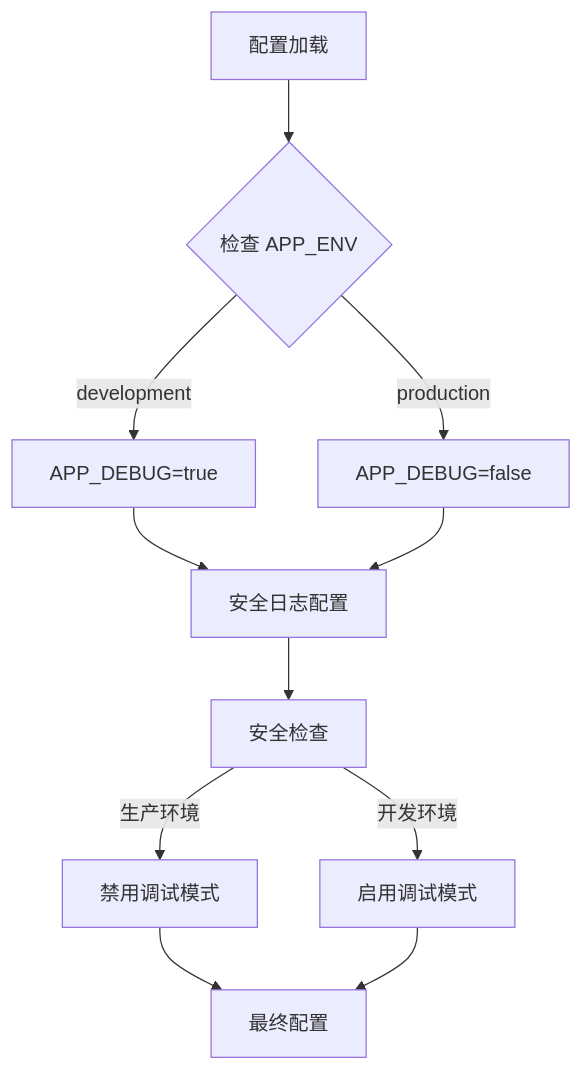
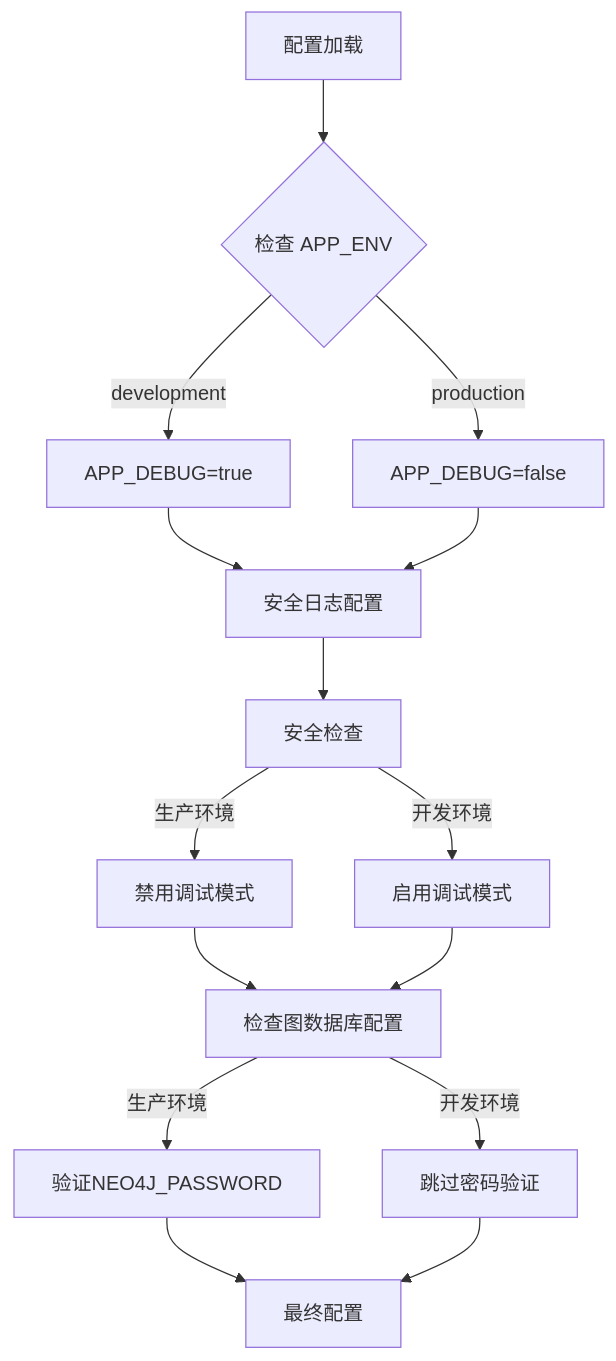
One commit to xfbyxq/ai-novel-system changed diagram 12 of 13 in .qoder/repowiki/zh/content/后端架构/后端架构.md. Above: the diagram before and after it, drawn with Mermaid. The commit also changed other lines of this file and 19 other files, not shown here.

First line of the commit message:
feat(graph): 新增图数据库完整支持与AI聊天集成

````diff
--- a/.qoder/repowiki/zh/content/后端架构/后端架构.md
+++ b/.qoder/repowiki/zh/content/后端架构/后端架构.md
@@ -452,13 +654,17 @@
 ```mermaid
 flowchart TD
 Config["配置加载"] --> EnvCheck{"检查 APP_ENV"}
 EnvCheck --> |development| DevDebug["APP_DEBUG=true"]
 EnvCheck --> |production| ProdDebug["APP_DEBUG=false"]
 DevDebug --> SafeLog["安全日志配置"]
 ProdDebug --> SafeLog
 SafeLog --> SecCheck["安全检查"]
 SecCheck --> |生产环境| DisableDebug["禁用调试模式"]
 SecCheck --> |开发环境| EnableDebug["启用调试模式"]
-DisableDebug --> FinalConfig["最终配置"]
-EnableDebug --> FinalConfig
+DisableDebug --> GraphCheck["检查图数据库配置"]
+EnableDebug --> GraphCheck
+GraphCheck --> |生产环境| CheckPassword["验证NEO4J_PASSWORD"]
+GraphCheck --> |开发环境| SkipPassword["跳过密码验证"]
+CheckPassword --> FinalConfig["最终配置"]
+SkipPassword --> FinalConfig
 ```
````
